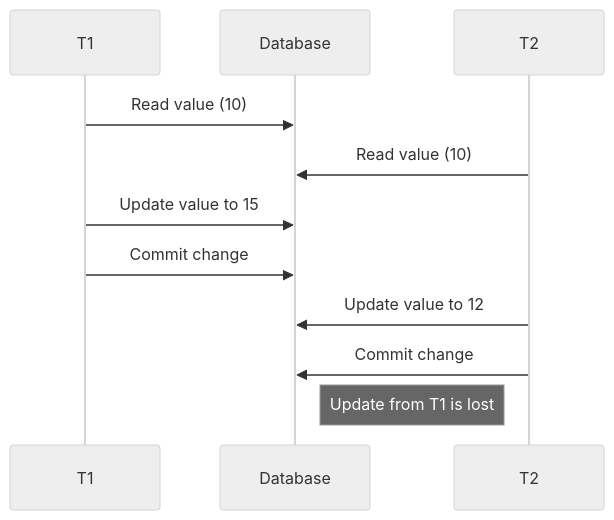
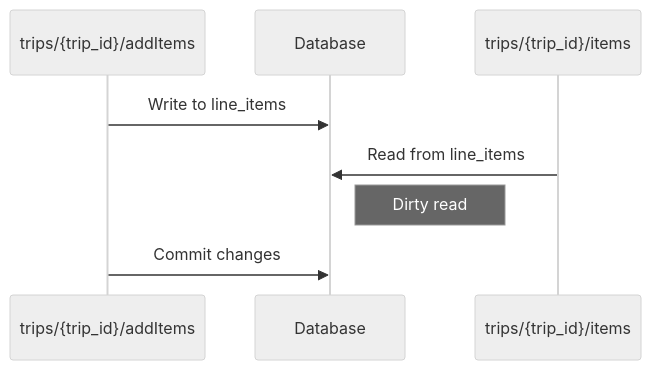
The first of 2 diagrams in docs/concurrency.md (electropicks/Payback), drawn with Mermaid (neutral theme) before and after one commit. The commit also changed other lines of this file, not shown here.

````diff
--- a/docs/concurrency.md
+++ b/docs/concurrency.md
@@ -4,14 +4,11 @@
 ```mermaid
 sequenceDiagram
-    participant T1
+    participant trips/{trip_id}/addItems
     participant Database
-    participant T2
+    participant trips/{trip_id}/items
 
-    T1->>Database: Read value (10)
-    T2->>Database: Read value (10)
-    T1->>Database: Update value to 15
-    T1->>Database: Commit change
-    T2->>Database: Update value to 12
-    T2->>Database: Commit change
-    Note right of Database: Update from T1 is lost
+    trips/{trip_id}/addItems->>Database: Write to line_items
+    trips/{trip_id}/items->>Database: Read from line_items
+    Note right of Database: Dirty read
+    trips/{trip_id}/addItems->>Database: Commit changes
 ```
````
